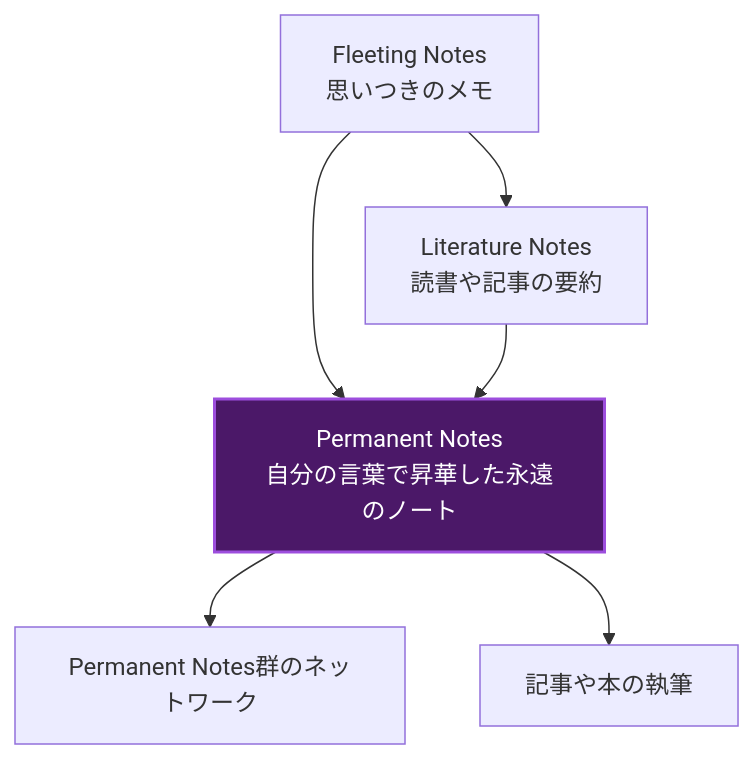
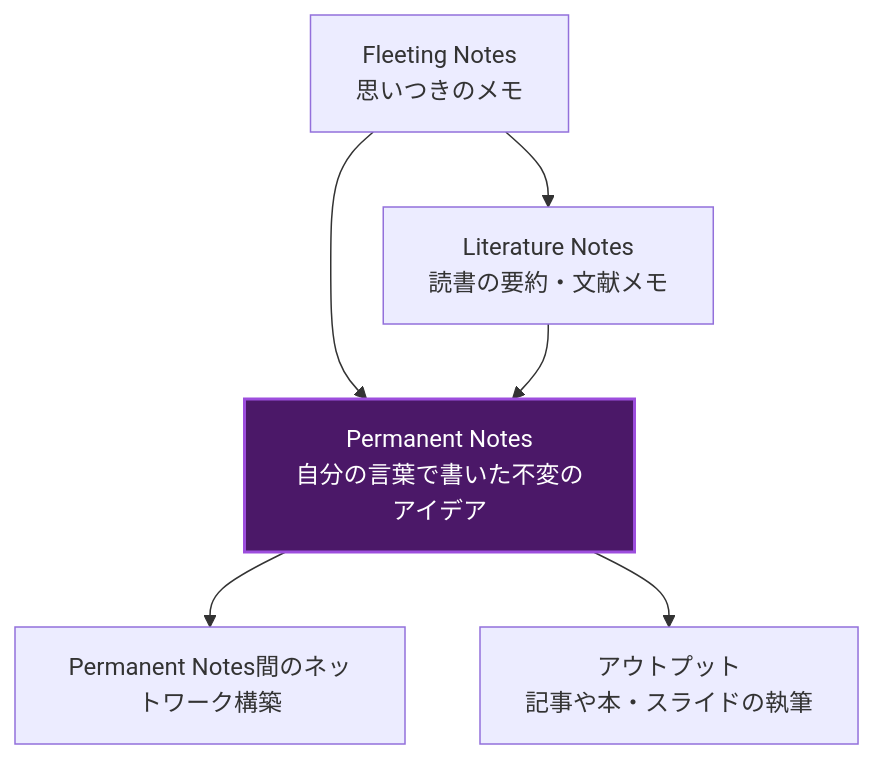
Before and after one commit to freeplanets001/obsidian-agent-prototype: the first of 3 diagrams in knowledge/obsidian_knowledge_base.md, drawn with Mermaid. The commit also changed other lines of this file and 4 other files, not shown here.

````diff
--- a/knowledge/obsidian_knowledge_base.md
+++ b/knowledge/obsidian_knowledge_base.md
@@ -41,9 +72,9 @@
 ```mermaid
 graph TD
-    A[Fleeting Notes<br>思いつきのメモ] --> B[Literature Notes<br>読書や記事の要約]
-    A --> C[Permanent Notes<br>自分の言葉で昇華した永遠のノート]
+    A[Fleeting Notes<br>思いつきのメモ] --> B[Literature Notes<br>読書の要約・文献メモ]
+    A --> C[Permanent Notes<br>自分の言葉で書いた不変のアイデア]
     B --> C
-    C --> D[Permanent Notes群のネットワーク]
-    C --> E[記事や本の執筆]
+    C --> D[Permanent Notes間のネットワーク構築]
+    C --> E[アウトプット<br>記事や本・スライドの執筆]
     style C fill:#4b1868,stroke:#9d4edd,stroke-width:2px,color:#fff
 ```
````
